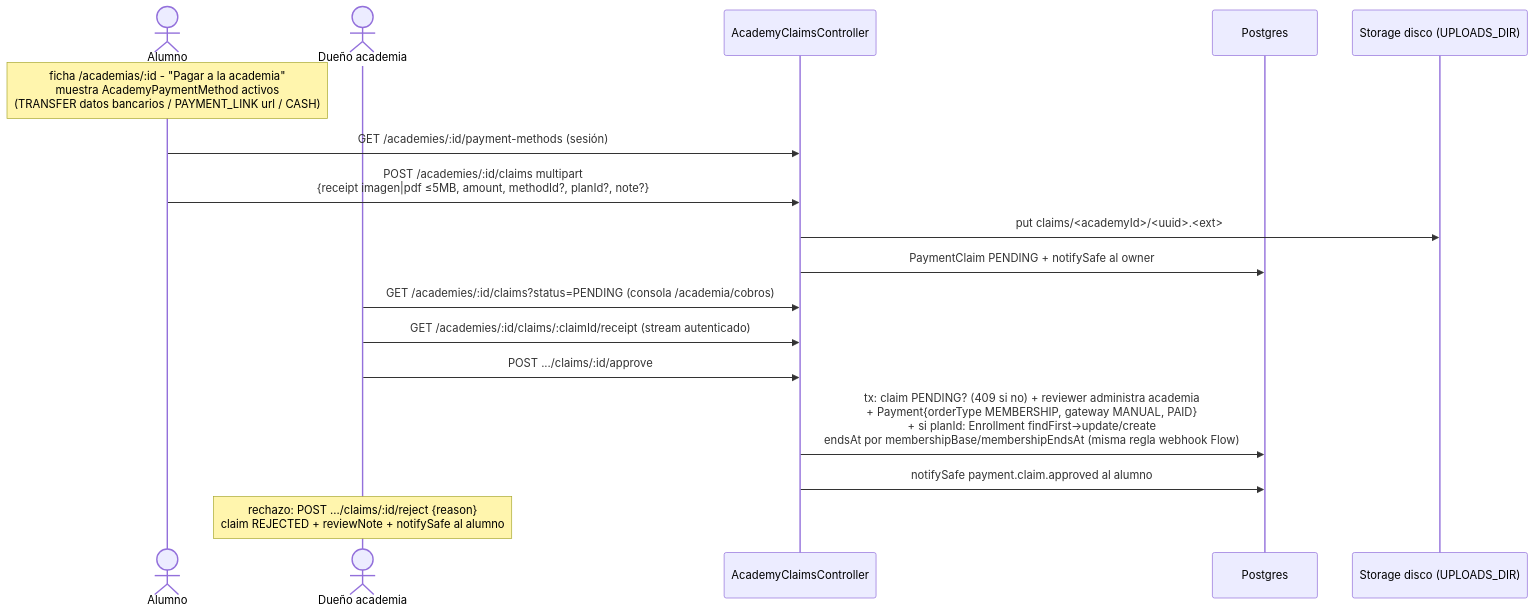
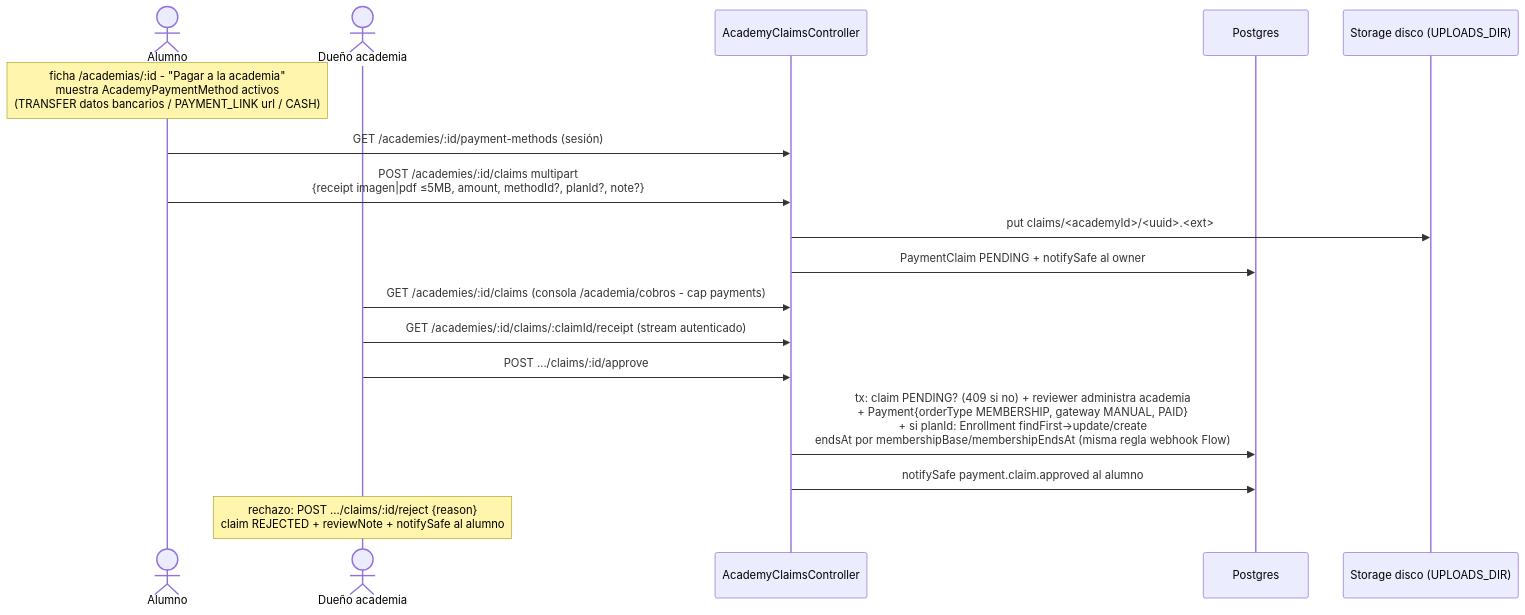
Before and after one commit to EduardoSalasG/omnidance: diagram 20 of 34 in docs/flows.md, drawn with Mermaid. The commit also changed other lines of this file and 40 other files, not shown here.

````diff
--- a/docs/flows.md
+++ b/docs/flows.md
@@ -402,20 +402,20 @@
 ```mermaid
 sequenceDiagram
     actor U as Alumno
     actor Ow as Dueño academia
     participant API as AcademyClaimsController
     participant DB as Postgres
     participant FS as Storage disco (UPLOADS_DIR)
 
     Note over U: ficha /academias/:id - "Pagar a la academia"<br/>muestra AcademyPaymentMethod activos<br/>(TRANSFER datos bancarios / PAYMENT_LINK url / CASH)
     U->>API: GET /academies/:id/payment-methods (sesión)
     U->>API: POST /academies/:id/claims multipart<br/>{receipt imagen|pdf ≤5MB, amount, methodId?, planId?, note?}
     API->>FS: put claims/<academyId>/<uuid>.<ext>
     API->>DB: PaymentClaim PENDING + notifySafe al owner
-    Ow->>API: GET /academies/:id/claims?status=PENDING (consola /academia/cobros)
+    Ow->>API: GET /academies/:id/claims (consola /academia/cobros - cap payments)
     Ow->>API: GET /academies/:id/claims/:claimId/receipt (stream autenticado)
     Ow->>API: POST .../claims/:id/approve
     API->>DB: tx: claim PENDING? (409 si no) + reviewer administra academia<br/>+ Payment{orderType MEMBERSHIP, gateway MANUAL, PAID}<br/>+ si planId: Enrollment findFirst→update/create<br/>endsAt por membershipBase/membershipEndsAt (misma regla webhook Flow)
     API->>DB: notifySafe payment.claim.approved al alumno
     Note over Ow: rechazo: POST .../claims/:id/reject {reason}<br/>claim REJECTED + reviewNote + notifySafe al alumno
 ```
````
